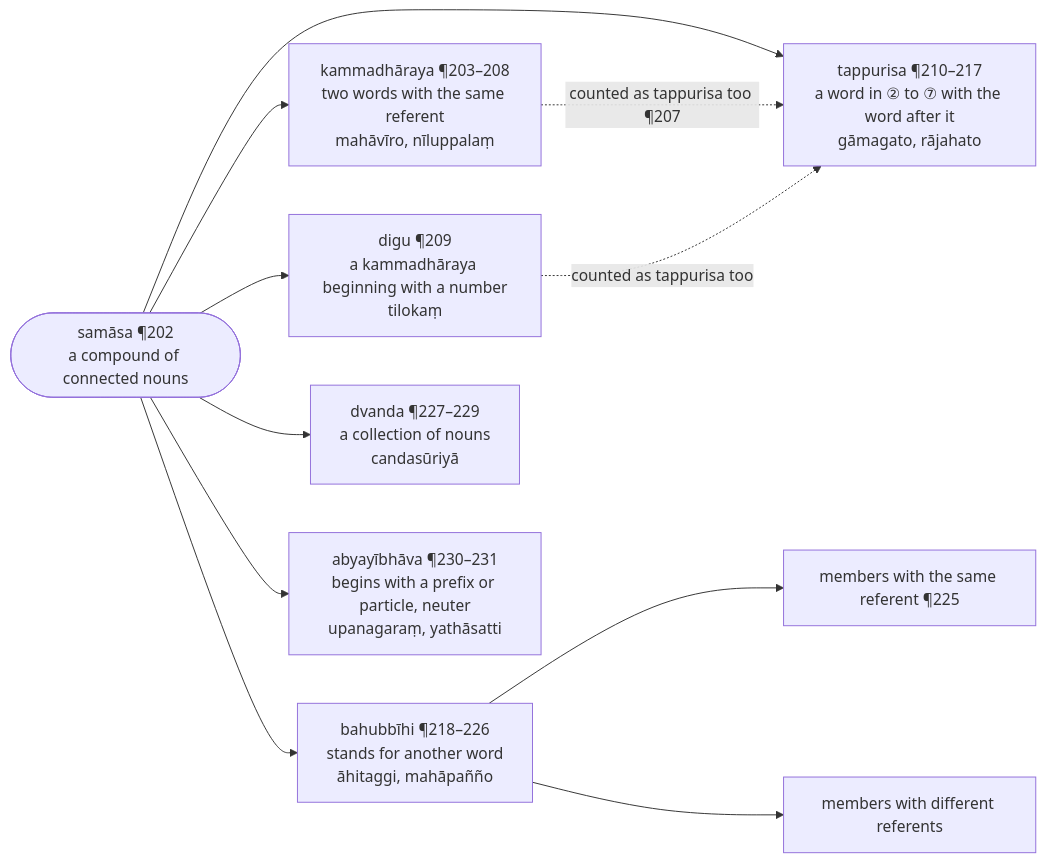
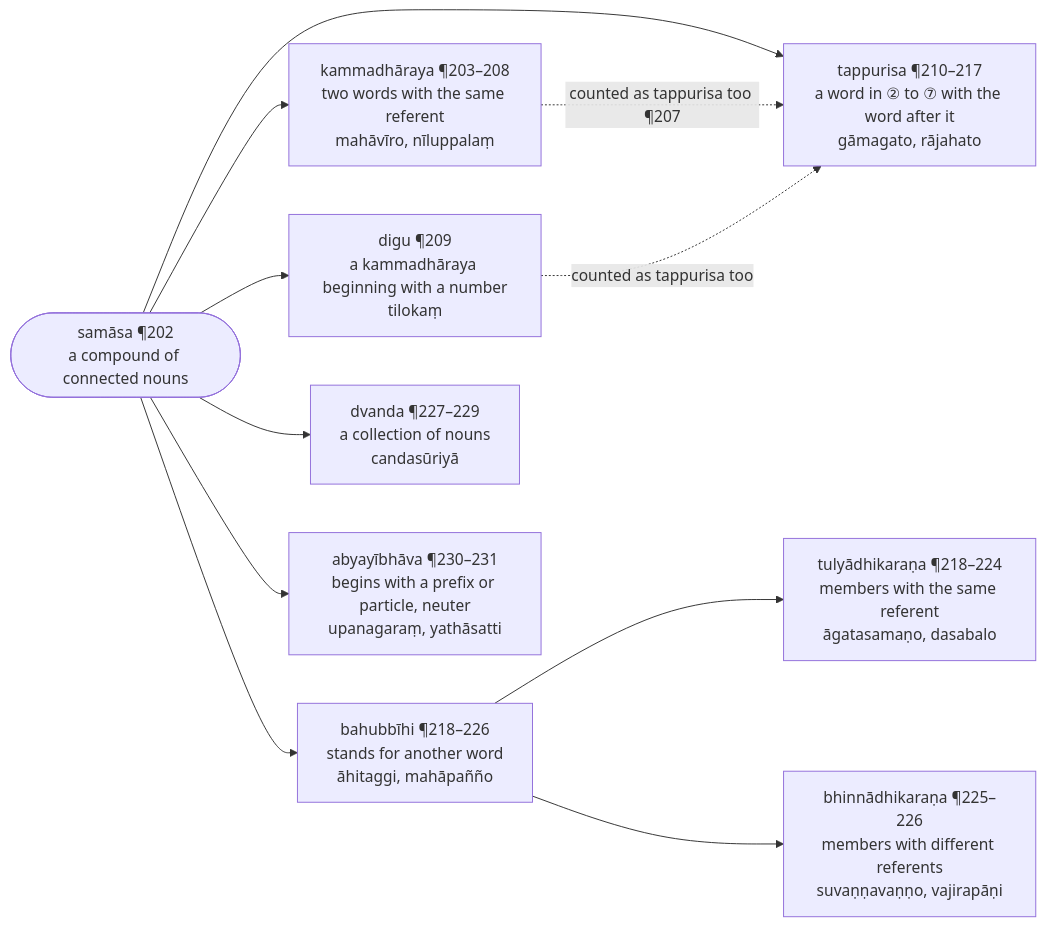
The diagram in src/content/docs/balavatara/3-samasa.mdx (kaccayana/kaccayana.github.io), drawn with Mermaid before and after one commit. The commit also changed other lines of this file and 3 other files, not shown here.

````diff
--- a/src/content/docs/balavatara/3-samasa.mdx
+++ b/src/content/docs/balavatara/3-samasa.mdx
@@ -18,13 +18,13 @@
 ```mermaid
 flowchart LR
   S(["samāsa ¶202<br/>a compound of connected nouns"]) --> K["kammadhāraya ¶203–208<br/>two words with the same referent<br/>mahāvīro, nīluppalaṃ"]
   S --> D["digu ¶209<br/>a kammadhāraya beginning with a number<br/>tilokaṃ"]
   S --> T["tappurisa ¶210–217<br/>a word in ② to ⑦ with the word after it<br/>gāmagato, rājahato"]
   S --> B["bahubbīhi ¶218–226<br/>stands for another word<br/>āhitaggi, mahāpañño"]
   S --> V["dvanda ¶227–229<br/>a collection of nouns<br/>candasūriyā"]
   S --> A["abyayībhāva ¶230–231<br/>begins with a prefix or particle, neuter<br/>upanagaraṃ, yathāsatti"]
   K -. "counted as tappurisa too ¶207" .-> T
   D -. "counted as tappurisa too" .-> T
-  B --> B1["members with the same referent ¶225"]
-  B --> B2["members with different referents"]
+  B --> B1["tulyādhikaraṇa ¶218–224<br/>members with the same referent<br/>āgatasamaṇo, dasabalo"]
+  B --> B2["bhinnādhikaraṇa ¶225–226<br/>members with different referents<br/>suvaṇṇavaṇṇo, vajirapāṇi"]
 ```
````
